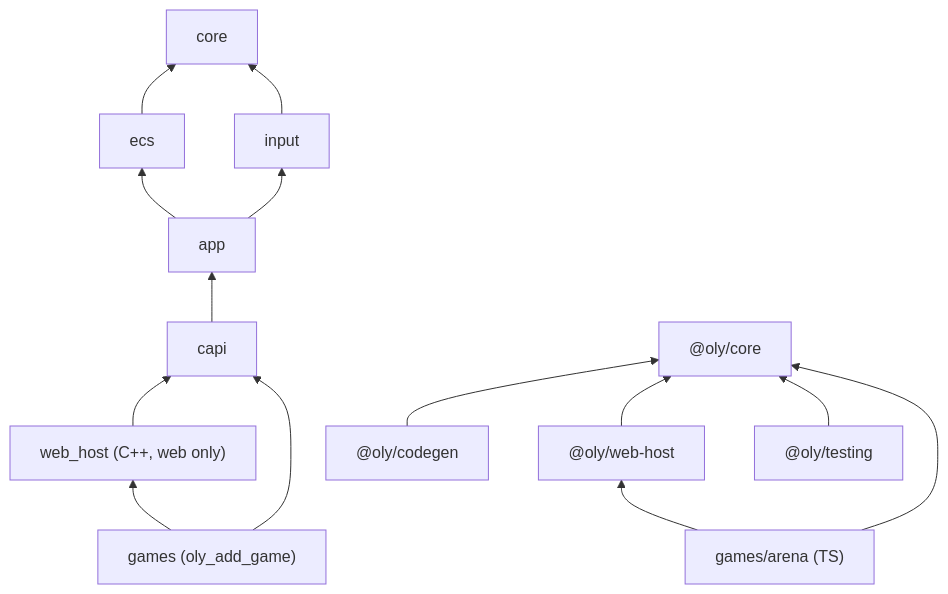
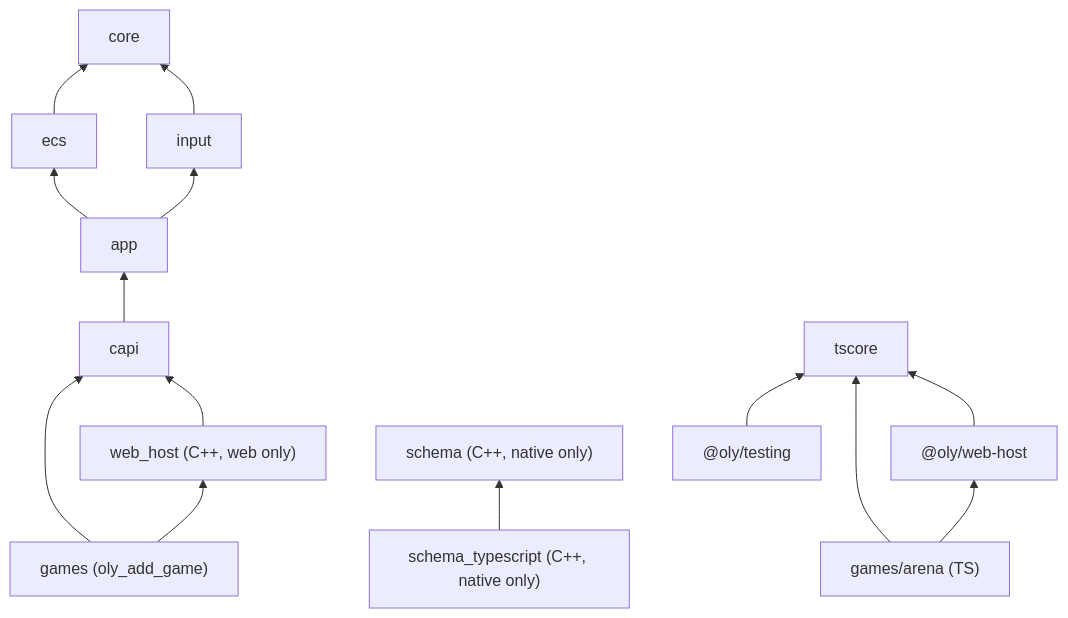
The diagram in docs/architecture/modules-and-boundaries.md (Danrley-Ruan-Saquetti/ECSArchetype), drawn with Mermaid before and after one commit. The commit also changed other lines of this file and 23 other files, not shown here.

Commit message:
docs: describe the .oly schema and oly-schema

````diff
--- a/docs/architecture/modules-and-boundaries.md
+++ b/docs/architecture/modules-and-boundaries.md
@@ -5,16 +5,16 @@
 ```mermaid
 graph BT
   ecs --> core
   input --> core
   app --> ecs
   app --> input
   capi --> app
   webHost_native["web_host (C++, web only)"] --> capi
   games["games (oly_add_game)"] --> capi
   games --> webHost_native
-  codegen["@oly/codegen"] --> tscore["@oly/core"]
+  schema_typescript["schema_typescript (C++, native only)"] --> schema["schema (C++, native only)"]
   webHost["@oly/web-host"] --> tscore
   testing["@oly/testing"] --> tscore
   arena["games/arena (TS)"] --> tscore
   arena --> webHost
 ```
````
